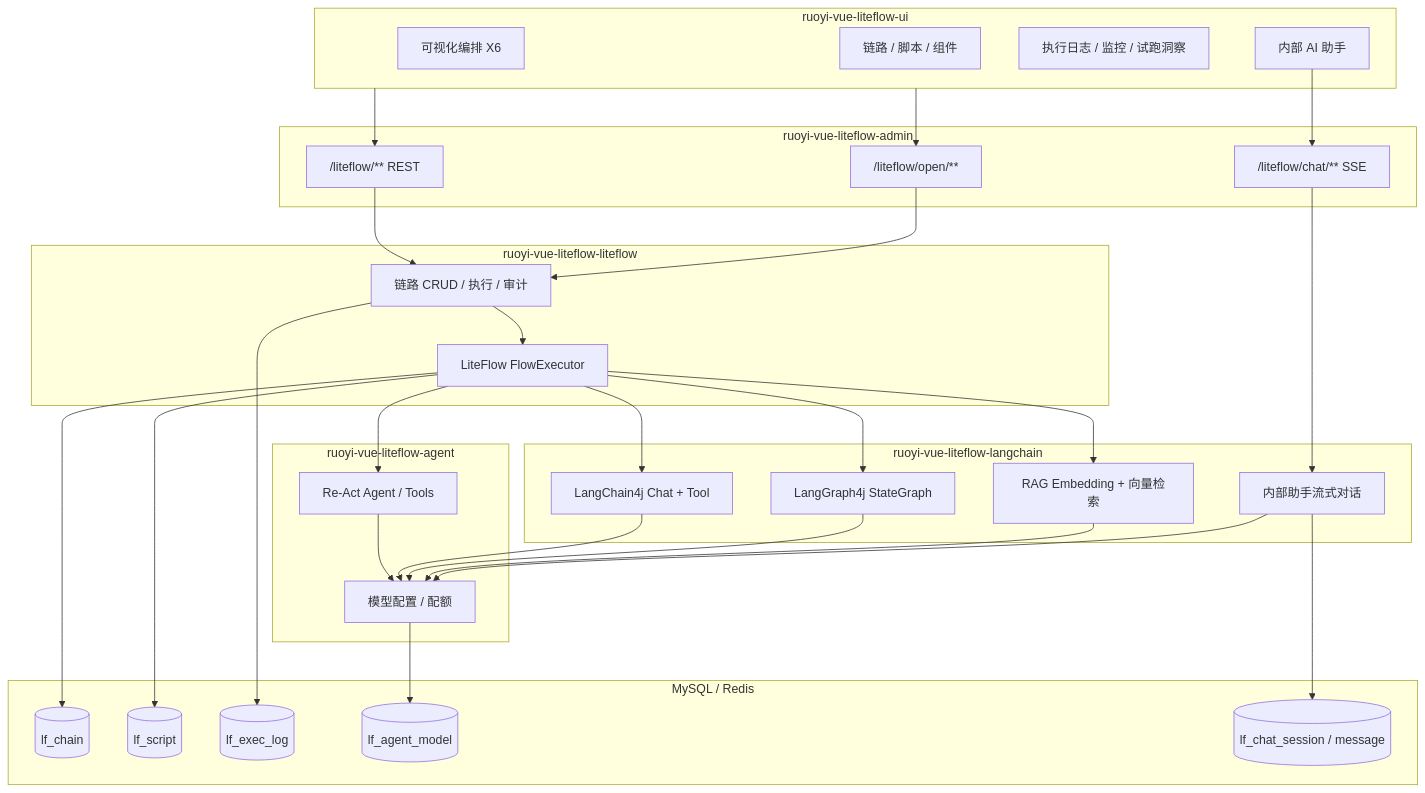
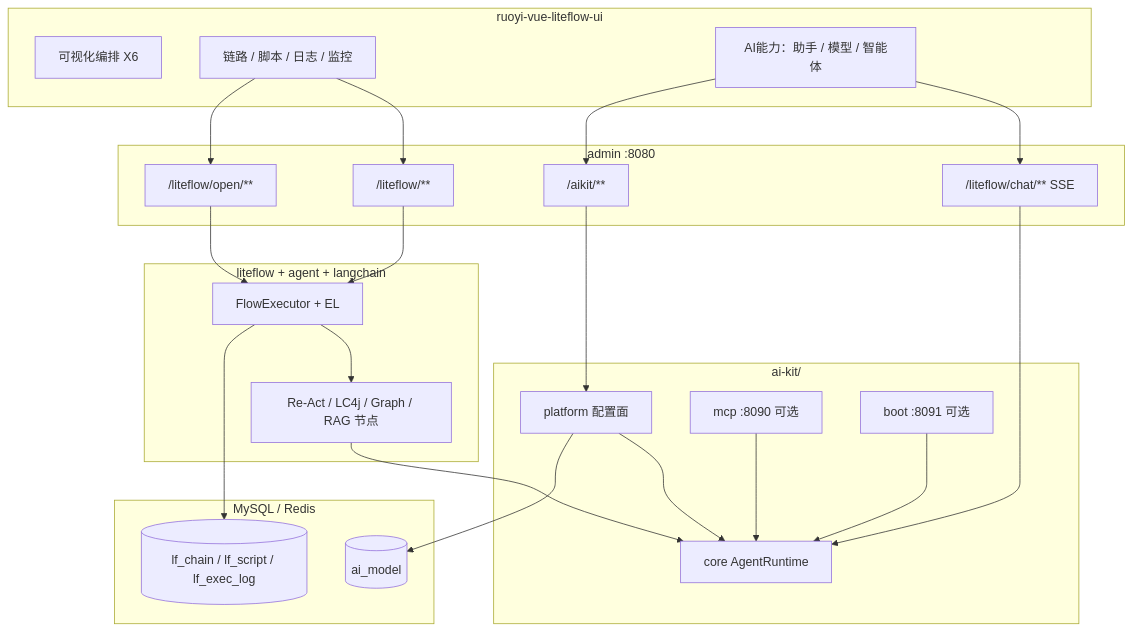
One commit to zhbdream/RuoYi-Vue-LiteFlow changed the diagram in README.md. Above: the diagram before and after it, drawn with Mermaid. The commit also changed other lines of this file and 223 other files, not shown here.

````diff
--- a/README.md
+++ b/README.md
@@ -132,62 +132,48 @@
 ```mermaid
 flowchart TB
   subgraph UI["ruoyi-vue-liteflow-ui"]
     Editor[可视化编排 X6]
-    Chain[链路 / 脚本 / 组件]
-    Log[执行日志 / 监控 / 试跑洞察]
-    AiChat[内部 AI 助手]
+    Ops[链路 / 脚本 / 日志 / 监控]
+    AiUI[AI能力：助手 / 模型 / 智能体]
   end
 
-  subgraph Admin["ruoyi-vue-liteflow-admin"]
-    API["/liteflow/** REST"]
+  subgraph Admin["admin :8080"]
+    LFAPI["/liteflow/**"]
     OpenAPI["/liteflow/open/**"]
     ChatAPI["/liteflow/chat/** SSE"]
+    KitAPI["/aikit/**"]
   end
 
-  subgraph Core["ruoyi-vue-liteflow-liteflow"]
-    Svc[链路 CRUD / 执行 / 审计]
-    LF[LiteFlow FlowExecutor]
+  subgraph LF["liteflow + agent + langchain"]
+    Engine[FlowExecutor + EL]
+    Nodes[Re-Act / LC4j / Graph / RAG 节点]
   end
 
-  subgraph Agent["ruoyi-vue-liteflow-agent"]
-    ReAct[Re-Act Agent / Tools]
-    ModelCfg[模型配置 / 配额]
-  end
-
-  subgraph Lc["ruoyi-vue-liteflow-langchain"]
-    Chat[LangChain4j Chat + Tool]
-    Graph[LangGraph4j StateGraph]
-    Rag[RAG Embedding + 向量检索]
-    Assist[内部助手流式对话]
+  subgraph Kit["ai-kit/"]
+    Plat[platform 配置面]
+    Core[core AgentRuntime]
+    MCP["mcp :8090 可选"]
+    Boot["boot :8091 可选"]
   end
 
   subgraph Store["MySQL / Redis"]
-    ChainTbl[(lf_chain)]
-    ScriptTbl[(lf_script)]
-    LogTbl[(lf_exec_log)]
-    ModelTbl[(lf_agent_model)]
-    ChatTbl[(lf_chat_session / message)]
+    ChainTbl[(lf_chain / lf_script / lf_exec_log)]
+    ModelTbl[(ai_model)]
   end
 
-  UI --> API
-  UI --> OpenAPI
-  AiChat --> ChatAPI
-  API --> Svc
-  OpenAPI --> Svc
-  ChatAPI --> Assist
-  Svc --> LF
-  LF --> ReAct
-  LF --> Chat
-  LF --> Graph
-  LF --> Rag
-  LF --> ChainTbl
-  LF --> ScriptTbl
-  Svc --> LogTbl
-  ReAct --> ModelCfg
-  Chat --> ModelCfg
-  Graph --> ModelCfg
-  Rag --> ModelCfg
-  Assist --> ModelCfg
-  ModelCfg --> ModelTbl
-  Assist --> ChatTbl
+  Ops --> LFAPI
+  Ops --> OpenAPI
+  AiUI --> ChatAPI
+  AiUI --> KitAPI
+  LFAPI --> Engine
+  OpenAPI --> Engine
+  Engine --> Nodes
+  Engine --> ChainTbl
+  KitAPI --> Plat
+  Plat --> Core
+  Plat --> ModelTbl
+  ChatAPI --> Core
+  Nodes --> Core
+  MCP --> Core
+  Boot --> Core
 ```
````
